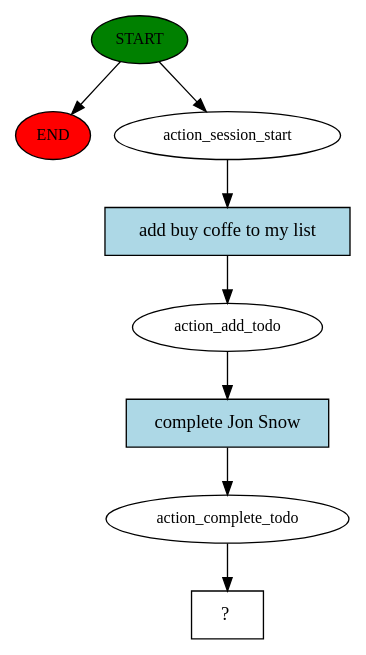
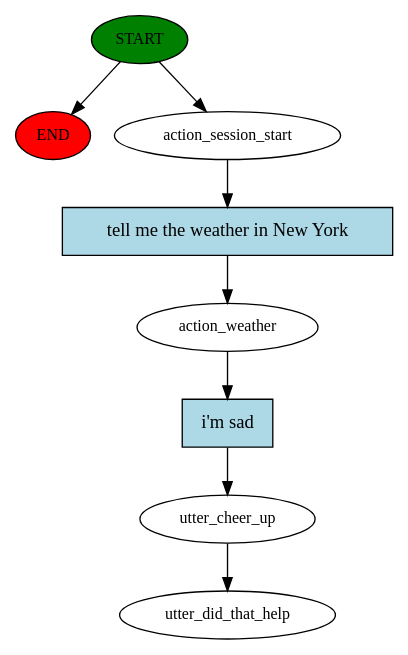
Before and after one commit to kode-git/NeMo: the diagram in rasa/story_graph.dot, drawn with Graphviz. The commit also changed 4 other files, not shown here.

```diff
--- a/rasa/story_graph.dot
+++ b/rasa/story_graph.dot
@@ -1,17 +1,17 @@
 digraph  {
 0 [class="start active", fillcolor=green, fontsize=12, label=START, style=filled];
 "-1" [class=end, fillcolor=red, fontsize=12, label=END, style=filled];
 1 [class=active, fontsize=12, label=action_session_start];
-2 [class=active, fontsize=12, label=action_add_todo];
-3 [class=active, fontsize=12, label=action_complete_todo];
-4 [class="intent dashed active", label="  ?  ", shape=rect];
-5 [class="intent active", fillcolor=lightblue, label="add buy coffe to my list", shape=rect, style=filled];
-6 [class="intent active", fillcolor=lightblue, label="complete Jon Snow", shape=rect, style=filled];
+2 [class=active, fontsize=12, label=action_weather];
+3 [class=active, fontsize=12, label=utter_cheer_up];
+4 [class="dashed active", fontsize=12, label=utter_did_that_help];
+5 [class="intent active", fillcolor=lightblue, label="tell me the weather in New York", shape=rect, style=filled];
+6 [class="intent active", fillcolor=lightblue, label="i'm sad", shape=rect, style=filled];
 0 -> "-1"  [class="", key=NONE, label=""];
 0 -> 1  [class=active, key=NONE, label=""];
 1 -> 5  [class=active, key=0];
 2 -> 6  [class=active, key=0];
 3 -> 4  [class=active, key=NONE, label=""];
 5 -> 2  [class=active, key=0];
 6 -> 3  [class=active, key=0];
 }
```
